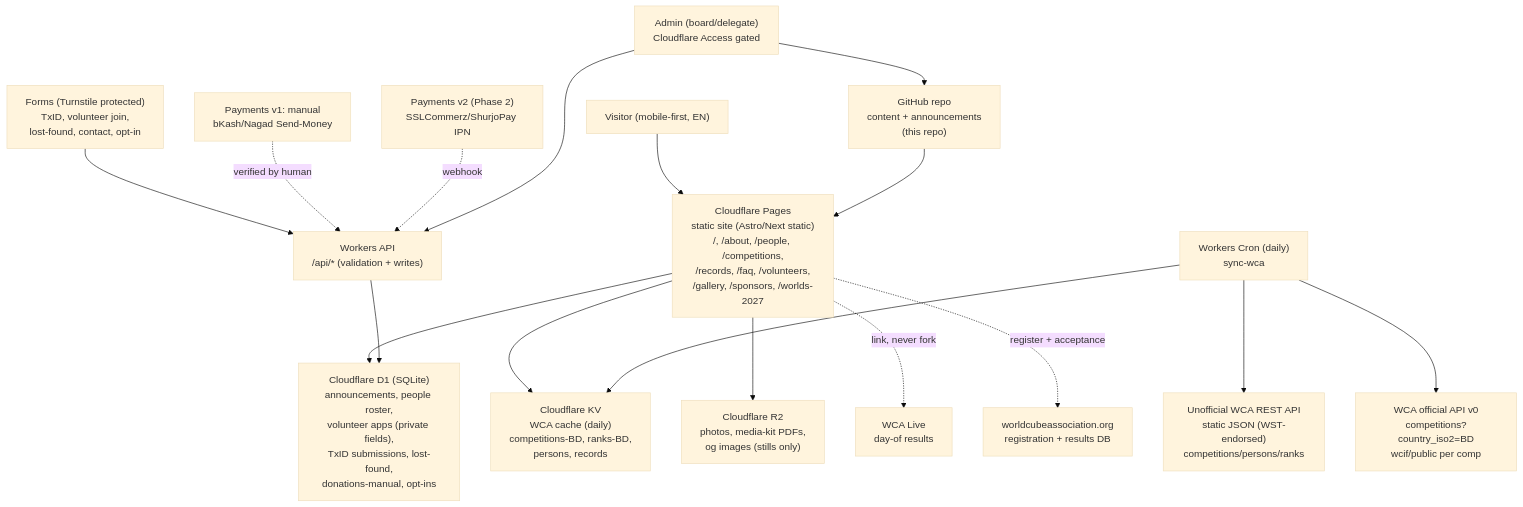
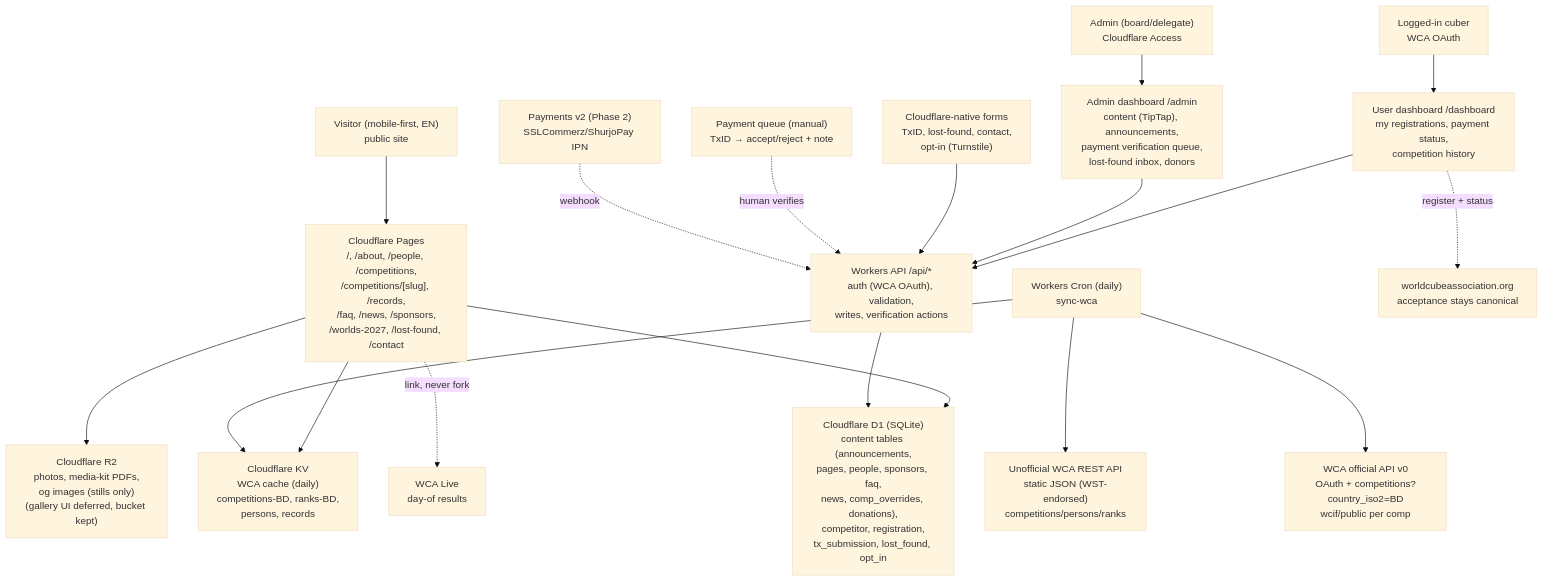
Before and after one commit to farhanulju/Speedcubing-Bangladesh: the diagram in docs/architecture/ARCHITECTURE.md, drawn with Mermaid (base theme). The commit also changed other lines of this file and 10 other files, not shown here.

Commit message:
Apply board review: records/WCA-auth/dashboards into MVP, defer volunteer/gallery, ban Google Forms and repo content, choose TipTap

````diff
--- a/docs/architecture/ARCHITECTURE.md
+++ b/docs/architecture/ARCHITECTURE.md
@@ -15,24 +16,23 @@
 ```mermaid
 flowchart TB
-  Visitor["Visitor (mobile-first, EN)"] --> Pages["Cloudflare Pages<br/>static site (Astro/Next static)<br/>/, /about, /people, /competitions,<br/>/records, /faq, /volunteers,<br/>/gallery, /sponsors, /worlds-2027"]
+  Visitor["Visitor (mobile-first, EN)<br/>public site"] --> Pages["Cloudflare Pages<br/>/, /about, /people, /competitions,<br/>/competitions/[slug], /records,<br/>/faq, /news, /sponsors,<br/>/worlds-2027, /lost-found, /contact"]
+  User["Logged-in cuber<br/>WCA OAuth"] --> Dash["User dashboard /dashboard<br/>my registrations, payment status,<br/>competition history"]
+  Admin["Admin (board/delegate)<br/>Cloudflare Access"] --> AdminUI["Admin dashboard /admin<br/>content (TipTap), announcements,<br/>payment verification queue,<br/>lost-found inbox, donors"]
 
   Pages --> KV["Cloudflare KV<br/>WCA cache (daily)<br/>competitions-BD, ranks-BD,<br/>persons, records"]
-  Pages --> D1["Cloudflare D1 (SQLite)<br/>announcements, people roster,<br/>volunteer apps (private fields),<br/>TxID submissions, lost-found,<br/>donations-manual, opt-ins"]
-  Pages --> R2["Cloudflare R2<br/>photos, media-kit PDFs,<br/>og images (stills only)"]
+  Pages --> D1["Cloudflare D1 (SQLite)<br/>content tables (announcements,<br/>pages, people, sponsors, faq,<br/>news, comp_overrides, donations),<br/>competitor, registration,<br/>tx_submission, lost_found, opt_in"]
+  Pages --> R2["Cloudflare R2<br/>photos, media-kit PDFs,<br/>og images (stills only)<br/>(gallery UI deferred, bucket kept)"]
+  Dash --> API["Workers API /api/*<br/>auth (WCA OAuth), validation,<br/>writes, verification actions"]
+  AdminUI --> API
+  Forms["Cloudflare-native forms<br/>TxID, lost-found, contact,<br/>opt-in (Turnstile)"] --> API
+  API --> D1
 
   Cron["Workers Cron (daily)<br/>sync-wca"] --> WCAu["Unofficial WCA REST API<br/>static JSON (WST-endorsed)<br/>competitions/persons/ranks"]
-  Cron --> WCAo["WCA official API v0<br/>competitions?country_iso2=BD<br/>wcif/public per comp"]
+  Cron --> WCAo["WCA official API v0<br/>OAuth + competitions?country_iso2=BD<br/>wcif/public per comp"]
   Cron --> KV
 
-  Forms["Forms (Turnstile protected)<br/>TxID, volunteer join,<br/>lost-found, contact, opt-in"] --> API["Workers API<br/>/api/* (validation + writes)"]
-  API --> D1
-
   Pages -. link, never fork .-> WCALive["WCA Live<br/>day-of results"]
-  Pages -. register + acceptance .-> WCA["worldcubeassociation.org<br/>registration + results DB"]
-  Pay1["Payments v1: manual<br/>bKash/Nagad Send-Money"] -. verified by human .-> API
+  Dash -. register + status .-> WCA["worldcubeassociation.org<br/>acceptance stays canonical"]
+  PayQ["Payment queue (manual)<br/>TxID → accept/reject + note"] -. human verifies .-> API
   Pay2["Payments v2 (Phase 2)<br/>SSLCommerz/ShurjoPay IPN"] -. webhook .-> API
-
-  Admin["Admin (board/delegate)<br/>Cloudflare Access gated"] --> API
-  Admin --> GH["GitHub repo<br/>content + announcements<br/>(this repo)"]
-  GH --> Pages
 ```
````
